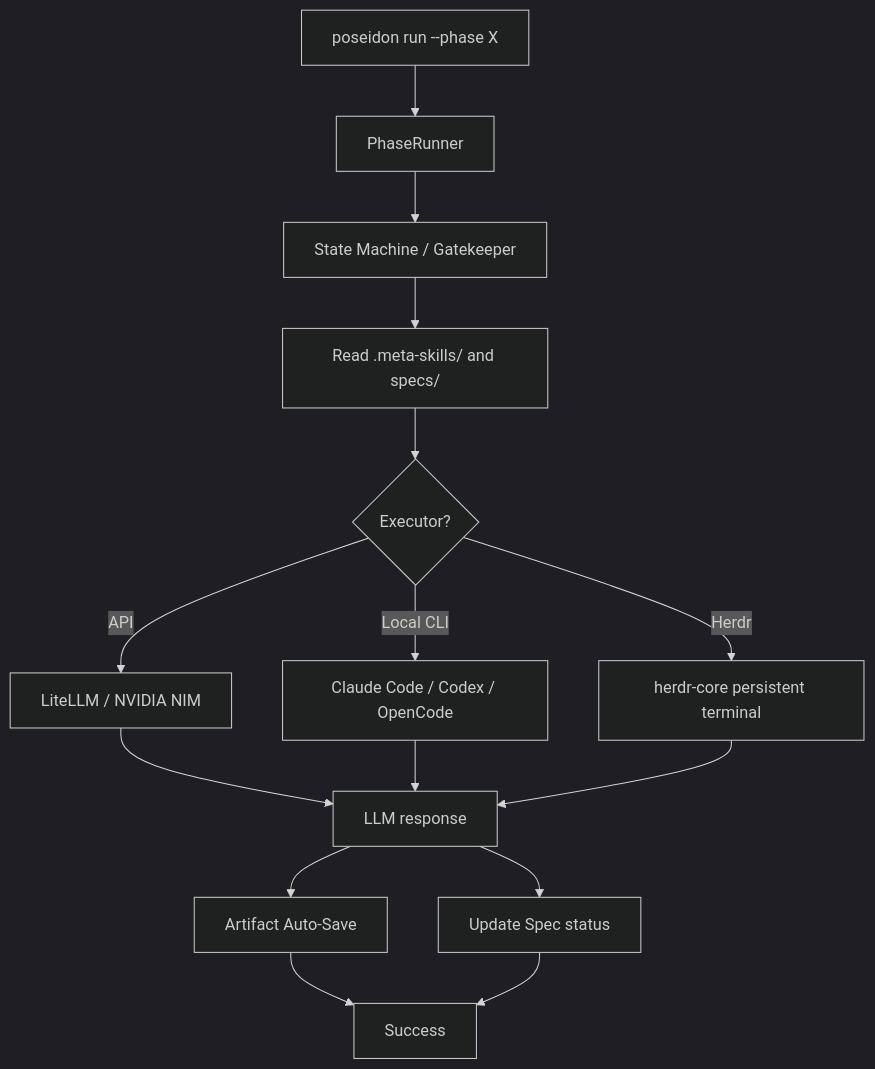
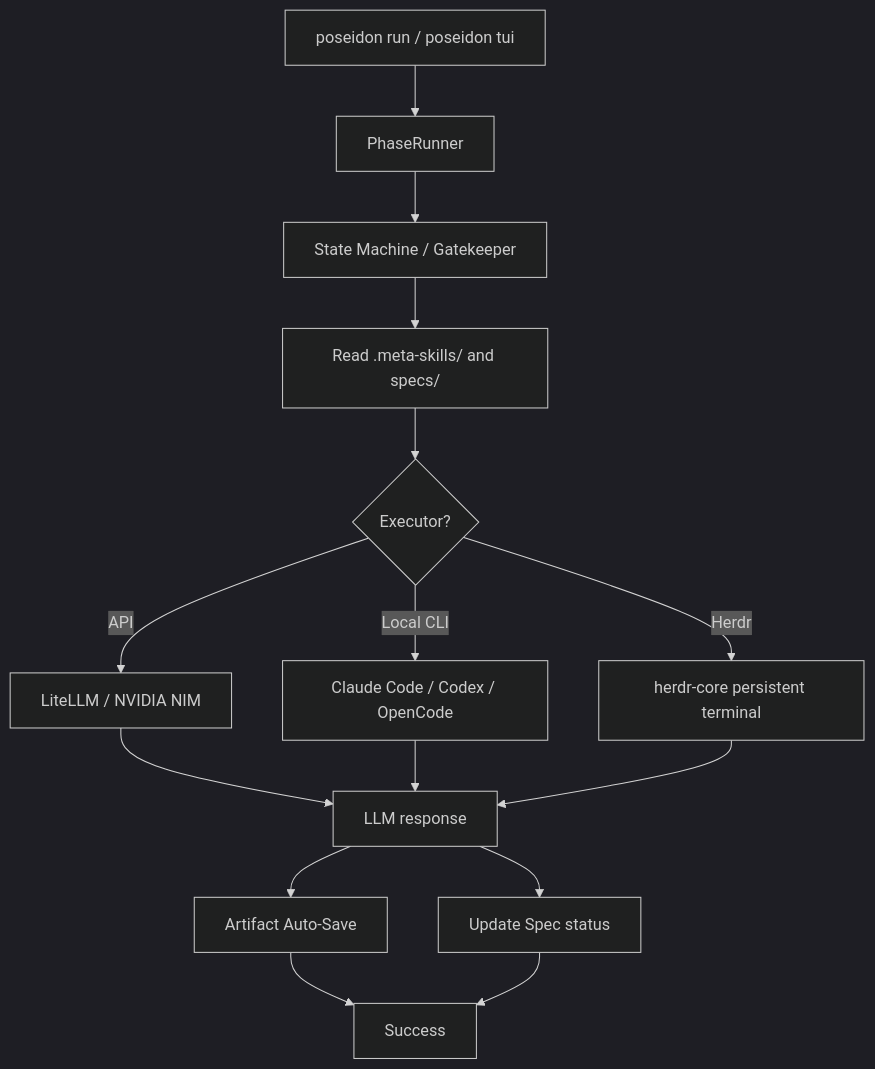
The diagram in README.md (MrErov/poseidon-agent), drawn with Mermaid (dark theme) before and after one commit. The commit also changed other lines of this file and 6 other files, not shown here.

````diff
--- a/README.md
+++ b/README.md
@@ -45,17 +50,17 @@
 ```mermaid
 graph TD
-    CLI[poseidon run --phase X] --> Runner[PhaseRunner]
+    CLI[poseidon run / poseidon tui] --> Runner[PhaseRunner]
     Runner --> StateMachine[State Machine / Gatekeeper]
     StateMachine --> ColdMemory[Read .meta-skills/ and specs/]
     ColdMemory --> Decision{Executor?}
     Decision -- API --> LiteLLM[LiteLLM / NVIDIA NIM]
     Decision -- Local CLI --> Subprocess[Claude Code / Codex / OpenCode]
     Decision -- Herdr --> HerdrCore[herdr-core persistent terminal]
     LiteLLM --> Result[LLM response]
     Subprocess --> Result
     HerdrCore --> Result
     Result --> AutoSave[Artifact Auto-Save]
     Result --> SpecUpdate[Update Spec status]
     AutoSave --> Done[Success]
     SpecUpdate --> Done
 ```
````
